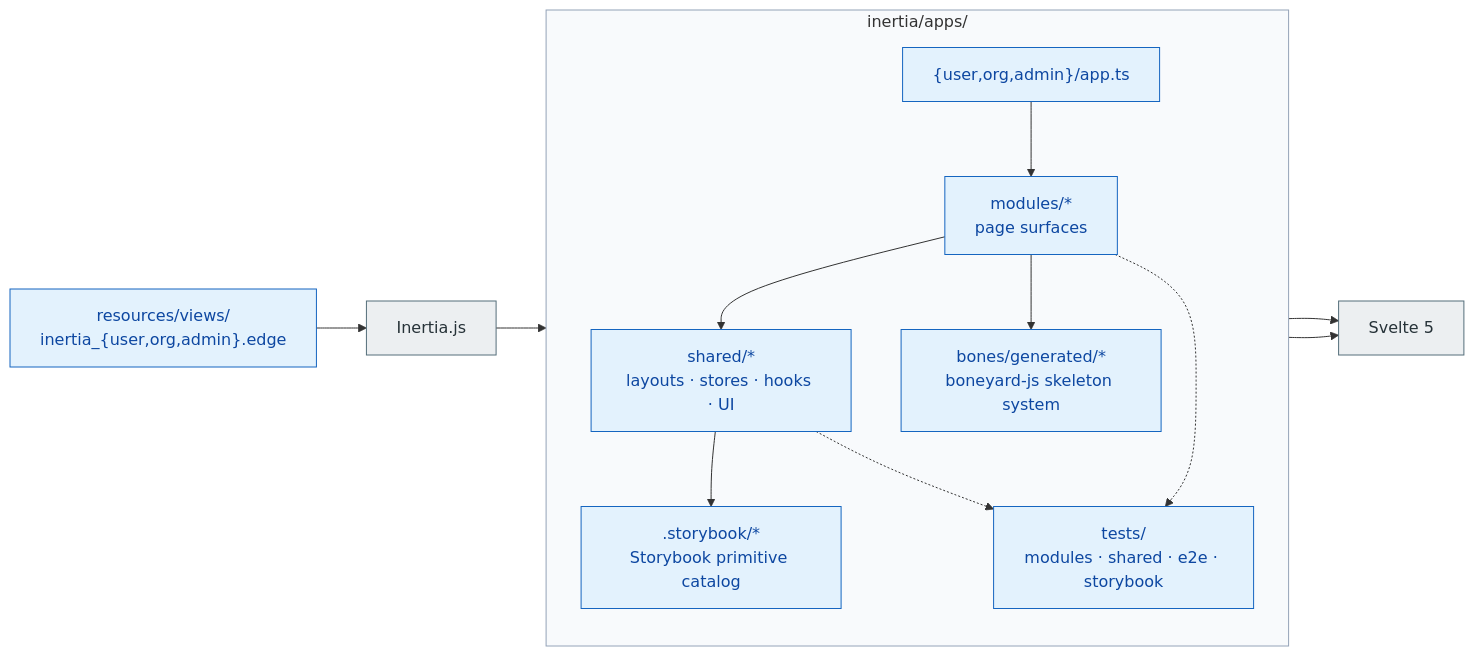
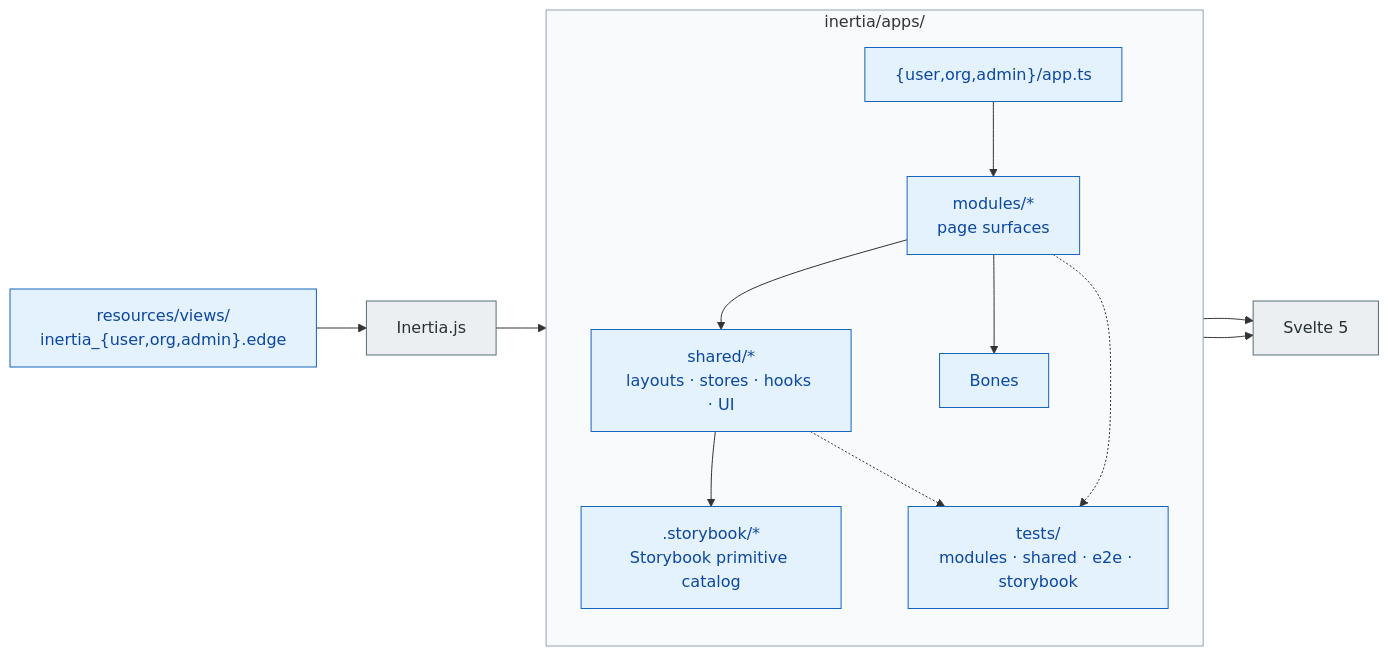
Before and after one commit to DuyetTN3112/Suar: the diagram in docs/11-diagrams/Package/02-presentation-application/low-level/pkg_02f_frontend_workspaces.mmd, drawn with Mermaid. The commit also changed 114 other files, not shown here.

```diff
--- a/docs/11-diagrams/Package/02-presentation-application/low-level/pkg_02f_frontend_workspaces.mmd
+++ b/docs/11-diagrams/Package/02-presentation-application/low-level/pkg_02f_frontend_workspaces.mmd
@@ -1,35 +1,34 @@
 %% Package Diagram 02f — Frontend Workspaces
 %% Evidence status: Implemented.
 %% Updated 2026-07-27 (code-verified).
 %% Scope: Inertia roots and Svelte workspace packages only.
 %% Keep reason: subgraph is the physical inertia/apps package boundary; internal edges describe one workspace dependency graph.
 
 flowchart LR
     RootViews["resources/views/<br/>inertia_{user,org,admin}.edge"]
     Inertia["Inertia.js"]
 
     subgraph workspaces["inertia/apps/"]
         direction TB
         Roots["{user,org,admin}/app.ts"]
         Modules["modules/*<br/>page surfaces"]
         Shared["shared/*<br/>layouts · stores · hooks · UI"]
-        Bones["bones/generated/*<br/>boneyard-js skeleton system"]
         Storybook[".storybook/*<br/>Storybook primitive catalog"]
         Tests["tests/<br/>modules · shared · e2e · storybook"]
         Roots --> Modules --> Shared
         Modules --> Bones
         Shared --> Storybook
         Modules -.-> Tests
         Shared -.-> Tests
     end
 
     Svelte["Svelte 5"]
     RootViews --> Inertia --> Roots
     Modules --> Svelte
     Shared --> Svelte
 
     classDef pres fill:#E3F2FD,stroke:#1565C0,color:#0D47A1
     classDef ext fill:#ECEFF1,stroke:#546E7A,color:#263238
     class RootViews,Roots,Modules,Shared,Bones,Storybook,Tests pres
     class Inertia,Svelte ext
     style workspaces fill:#F8FAFC,stroke:#94A3B8
```
